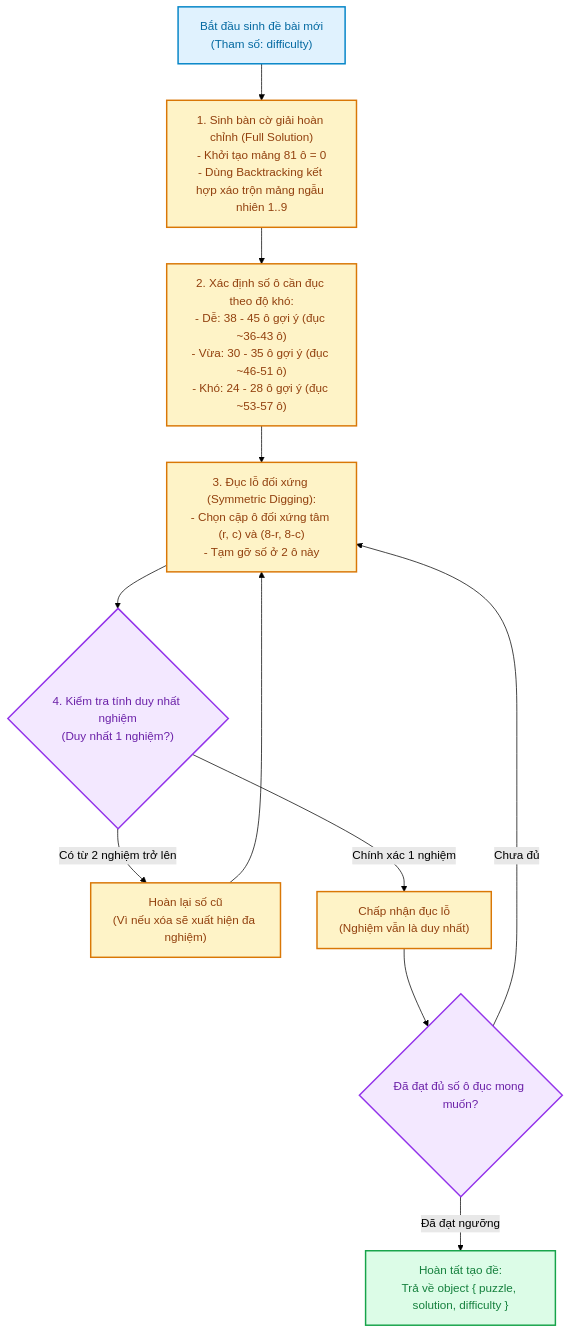
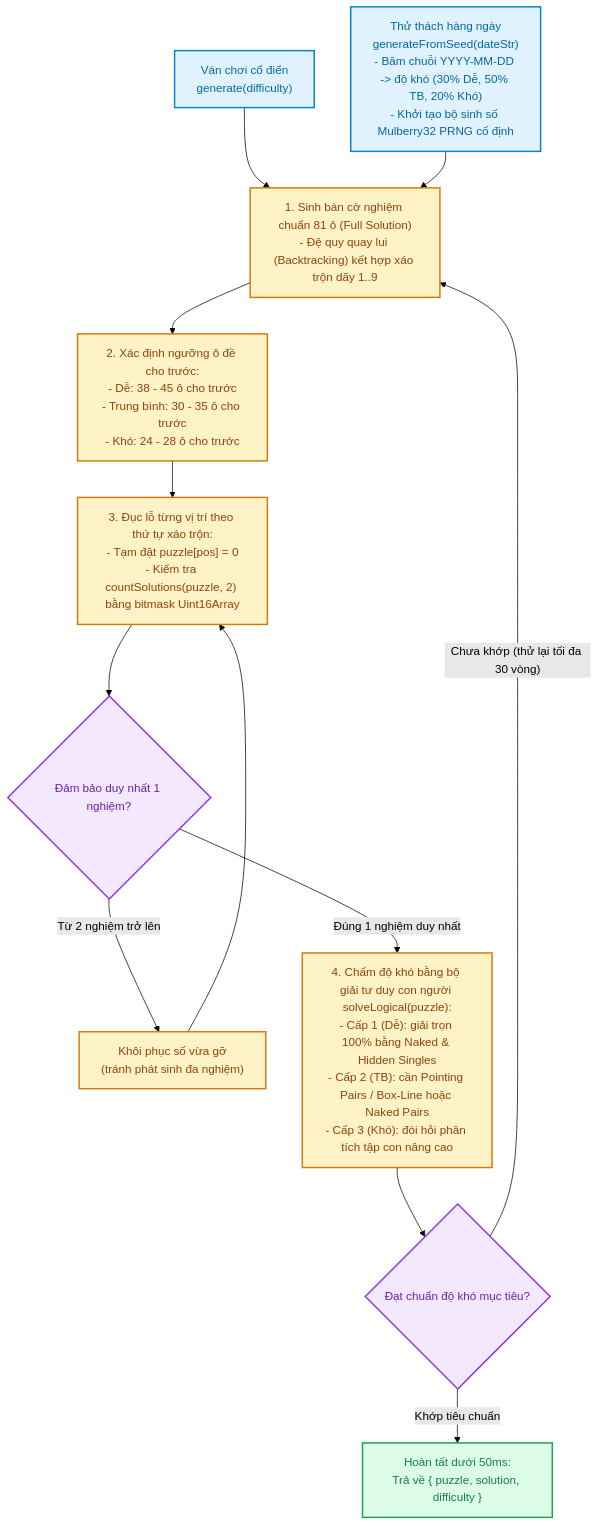
One commit to Jhanh/Sudoku_game changed the third of 3 diagrams in docs/03_data_flow_and_sequences.md. Above: the diagram before and after it, drawn with Mermaid (forest theme). The commit also changed other lines of this file and 4 other files, not shown here.

````diff
--- a/docs/03_data_flow_and_sequences.md
+++ b/docs/03_data_flow_and_sequences.md
@@ -105,35 +111,36 @@
 ```mermaid
 flowchart TD
     classDef start fill:#E0F2FE,stroke:#0284C7,stroke-width:2px,color:#0369A1;
     classDef process fill:#FEF3C7,stroke:#D97706,stroke-width:2px,color:#92400E;
     classDef decision fill:#F3E8FF,stroke:#9333EA,stroke-width:2px,color:#6B21A8;
     classDef success fill:#DCFCE7,stroke:#16A34A,stroke-width:2px,color:#15803D;
 
-    GEN_START["Bắt đầu sinh đề bài mới<br/>(Tham số: difficulty)"]
-    
-    GEN_FULL["1. Sinh bàn cờ giải hoàn chỉnh (Full Solution)<br/>- Khởi tạo mảng 81 ô = 0<br/>- Dùng Backtracking kết hợp xáo trộn mảng ngẫu nhiên 1..9"]
-    
-    GEN_TARGET["2. Xác định số ô cần đục theo độ khó:<br/>- Dễ: 38 - 45 ô gợi ý (đục ~36-43 ô)<br/>- Vừa: 30 - 35 ô gợi ý (đục ~46-51 ô)<br/>- Khó: 24 - 28 ô gợi ý (đục ~53-57 ô)"]
+    START_CLASSIC["Ván chơi cổ điển<br/>generate(difficulty)"]
+    START_DAILY["Thử thách hàng ngày<br/>generateFromSeed(dateStr)<br/>- Băm chuỗi YYYY-MM-DD -> độ khó (30% Dễ, 50% TB, 20% Khó)<br/>- Khởi tạo bộ sinh số Mulberry32 PRNG cố định"]
+    class START_CLASSIC,START_DAILY start;
 
-    GEN_DIG["3. Đục lỗ đối xứng (Symmetric Digging):<br/>- Chọn cặp ô đối xứng tâm (r, c) và (8-r, 8-c)<br/>- Tạm gỡ số ở 2 ô này"]
+    GEN_FULL["1. Sinh bàn cờ nghiệm chuẩn 81 ô (Full Solution)<br/>- Đệ quy quay lui (Backtracking) kết hợp xáo trộn dãy 1..9"]
 
-    GEN_TEST{"4. Kiểm tra tính duy nhất nghiệm<br/>(Duy nhất 1 nghiệm?)"}
+    GEN_TARGET["2. Xác định ngưỡng ô đề cho trước:<br/>- Dễ: 38 - 45 ô cho trước<br/>- Trung bình: 30 - 35 ô cho trước<br/>- Khó: 24 - 28 ô cho trước"]
 
-    GEN_REVERT["Hoàn lại số cũ<br/>(Vì nếu xóa sẽ xuất hiện đa nghiệm)"]
-    GEN_KEEP["Chấp nhận đục lỗ<br/>(Nghiệm vẫn là duy nhất)"]
+    GEN_DIG["3. Đục lỗ từng vị trí theo thứ tự xáo trộn:<br/>- Tạm đặt puzzle[pos] = 0<br/>- Kiểm tra countSolutions(puzzle, 2) bằng bitmask Uint16Array"]
 
-    GEN_CHECK{"Đã đạt đủ số ô đục mong muốn?"}
+    GEN_UNIQUE{"Đảm bảo duy nhất 1 nghiệm?"}
+    GEN_REVERT["Khôi phục số vừa gỡ<br/>(tránh phát sinh đa nghiệm)"]
+    GEN_GRADE["4. Chấm độ khó bằng bộ giải tư duy con người solveLogical(puzzle):<br/>- Cấp 1 (Dễ): giải trọn 100% bằng Naked & Hidden Singles<br/>- Cấp 2 (TB): cần Pointing Pairs / Box-Line hoặc Naked Pairs<br/>- Cấp 3 (Khó): đòi hỏi phân tích tập con nâng cao"]
 
-    GEN_DONE["Hoàn tất tạo đề:<br/>Trả về object { puzzle, solution, difficulty }"]
+    GEN_MATCH{"Đạt chuẩn độ khó mục tiêu?"}
+    GEN_DONE["Hoàn tất dưới 50ms:<br/>Trả về { puzzle, solution, difficulty }"]
 
-    GEN_START --> GEN_FULL --> GEN_TARGET --> GEN_DIG --> GEN_TEST
-    GEN_TEST -->|"Có từ 2 nghiệm trở lên"| GEN_REVERT --> GEN_DIG
-    GEN_TEST -->|"Chính xác 1 nghiệm"| GEN_KEEP --> GEN_CHECK
-    GEN_CHECK -->|"Chưa đủ"| GEN_DIG
-    GEN_CHECK -->|"Đã đạt ngưỡng"| GEN_DONE
+    START_CLASSIC --> GEN_FULL
+    START_DAILY --> GEN_FULL
+    GEN_FULL --> GEN_TARGET --> GEN_DIG --> GEN_UNIQUE
+    GEN_UNIQUE -->|"Từ 2 nghiệm trở lên"| GEN_REVERT --> GEN_DIG
+    GEN_UNIQUE -->|"Đúng 1 nghiệm duy nhất"| GEN_GRADE --> GEN_MATCH
+    GEN_MATCH -->|"Chưa khớp (thử lại tối đa 30 vòng)"| GEN_FULL
+    GEN_MATCH -->|"Khớp tiêu chuẩn"| GEN_DONE
 
-    class GEN_START start;
-    class GEN_FULL,GEN_TARGET,GEN_DIG,GEN_REVERT,GEN_KEEP process;
-    class GEN_TEST,GEN_CHECK decision;
+    class GEN_FULL,GEN_TARGET,GEN_DIG,GEN_REVERT,GEN_GRADE process;
+    class GEN_UNIQUE,GEN_MATCH decision;
     class GEN_DONE success;
 ```
````
